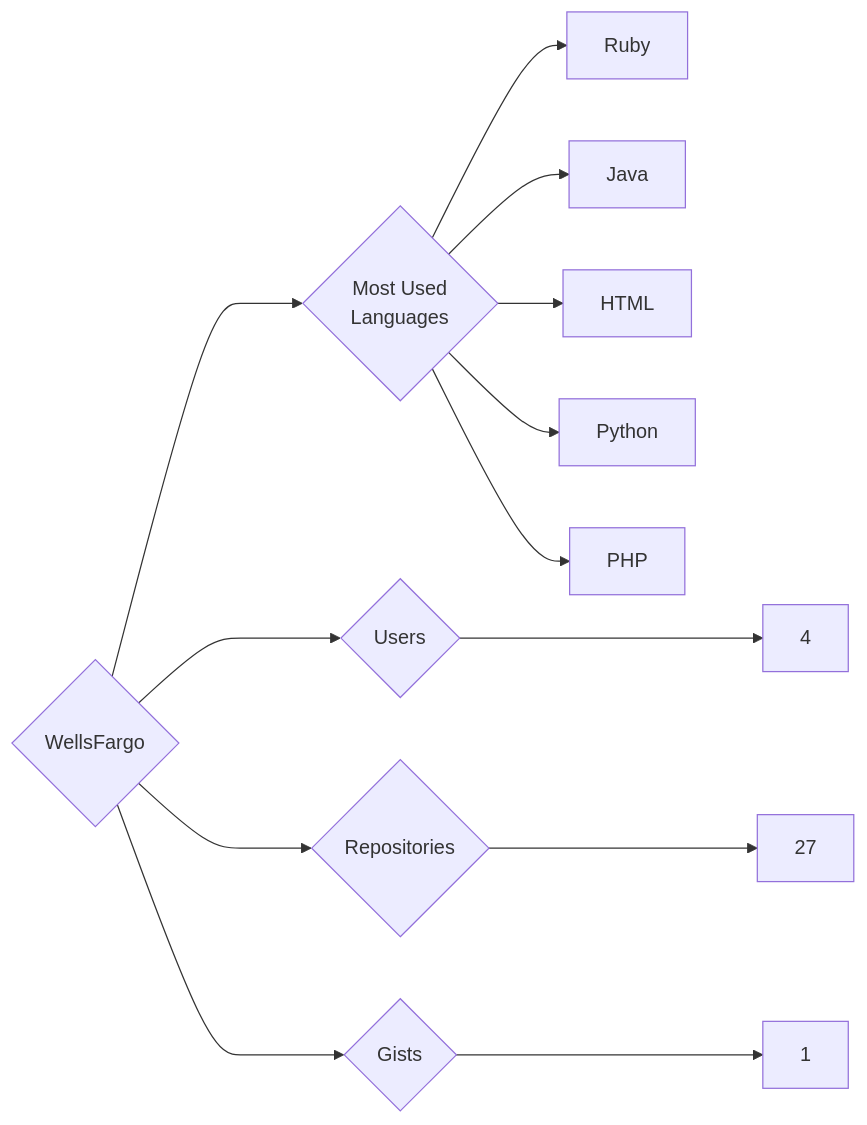
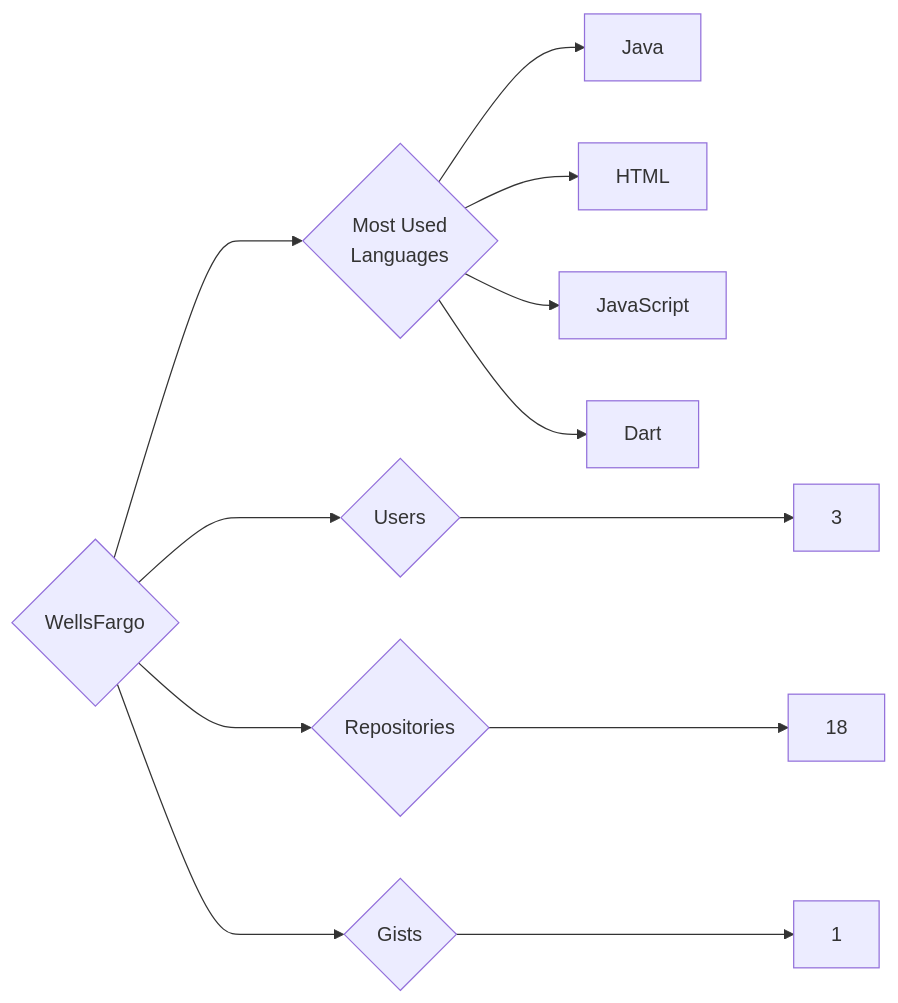
Before and after one commit to trickest/insiders: the diagram in targets/WellsFargo/README.md, drawn with Mermaid. The commit also changed 939 other files, not shown here.

````diff
--- a/targets/WellsFargo/README.md
+++ b/targets/WellsFargo/README.md
@@ -3,13 +3,12 @@
 ```mermaid
 graph LR
 COMPANY_NAME{WellsFargo}
-COMPANY_NAME ---> U{Users} ---> UN[4]
-COMPANY_NAME ---> R{Repositories} ---> RN[27]
+COMPANY_NAME ---> U{Users} ---> UN[3]
+COMPANY_NAME ---> R{Repositories} ---> RN[18]
 COMPANY_NAME ---> G{Gists} ---> GN[1]
 COMPANY_NAME ---> ML{Most Used<br>Languages}
-ML --> Ruby[Ruby]
 ML --> Java[Java]
 ML --> HTML[HTML]
-ML --> Python[Python]
-ML --> PHP[PHP]
+ML --> JavaScript[JavaScript]
+ML --> Dart[Dart]
 ```
````
